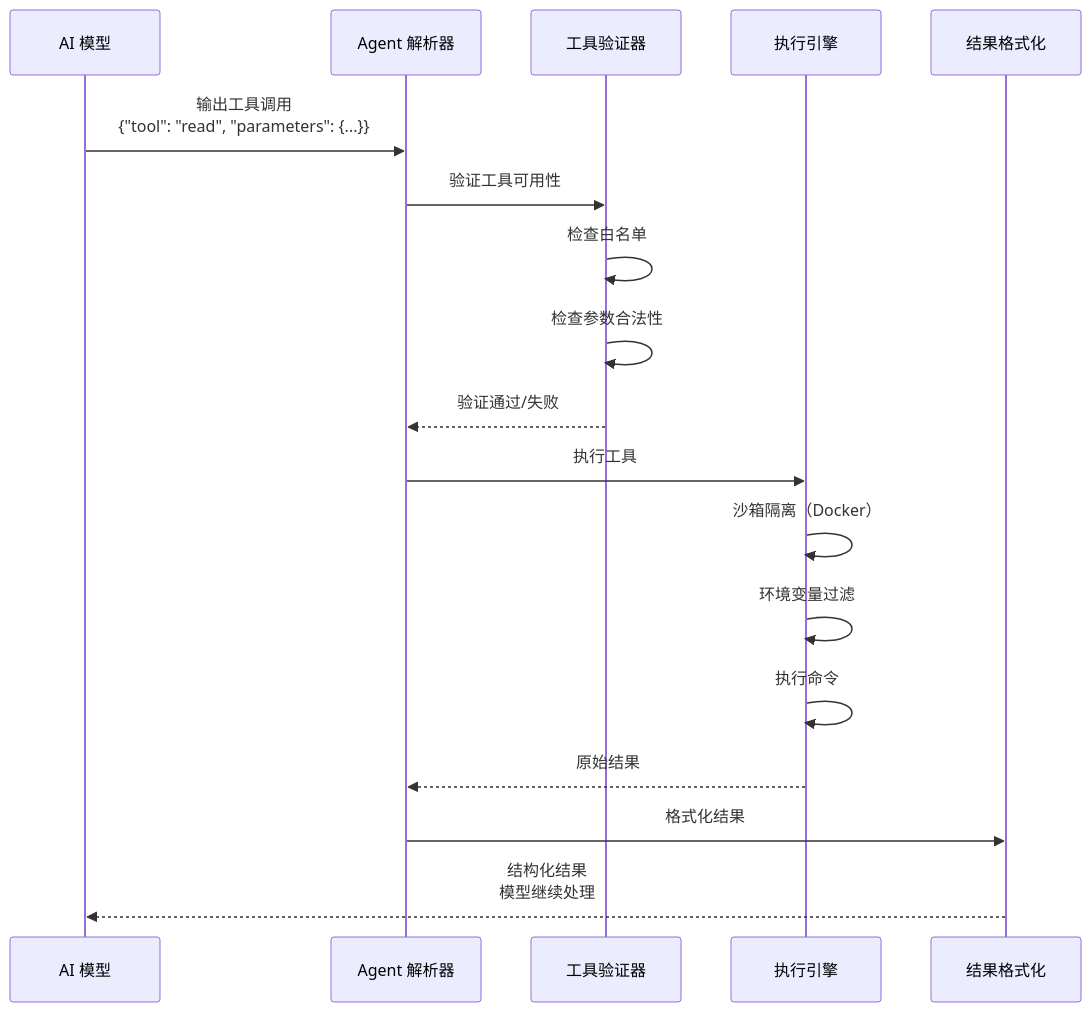
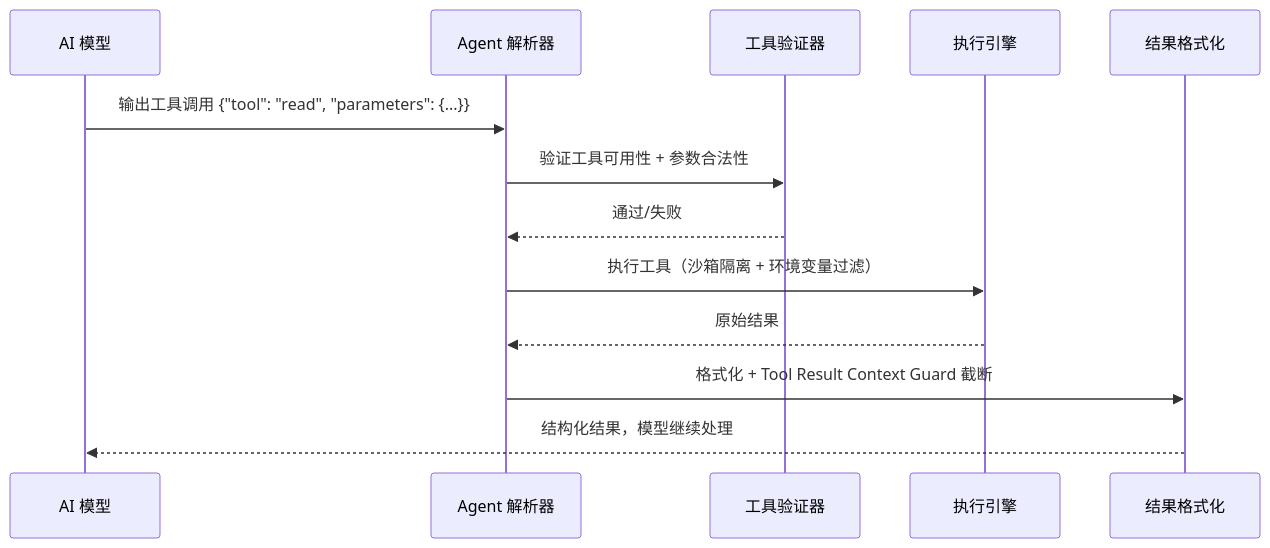
One commit to caicongyang/bloger changed the third of 19 diagrams in openclaw/FAQ.md. Above: the diagram before and after it, drawn with Mermaid. The commit also changed other lines of this file and 13 other files, not shown here.

````diff
--- a/openclaw/FAQ.md
+++ b/openclaw/FAQ.md
@@ -316,21 +199,16 @@
 ```mermaid
 sequenceDiagram
     participant M as AI 模型
     participant P as Agent 解析器
     participant V as 工具验证器
     participant E as 执行引擎
     participant R as 结果格式化
 
-    M->>P: 输出工具调用<br/>{"tool": "read", "parameters": {...}}
-    P->>V: 验证工具可用性
-    V->>V: 检查白名单
-    V->>V: 检查参数合法性
-    V-->>P: 验证通过/失败
-    P->>E: 执行工具
-    E->>E: 沙箱隔离（Docker）
-    E->>E: 环境变量过滤
-    E->>E: 执行命令
+    M->>P: 输出工具调用 {"tool": "read", "parameters": {...}}
+    P->>V: 验证工具可用性 + 参数合法性
+    V-->>P: 通过/失败
+    P->>E: 执行工具（沙箱隔离 + 环境变量过滤）
     E-->>P: 原始结果
-    P->>R: 格式化结果
-    R-->>M: 结构化结果<br/>模型继续处理
+    P->>R: 格式化 + Tool Result Context Guard 截断
+    R-->>M: 结构化结果，模型继续处理
 ```
````
